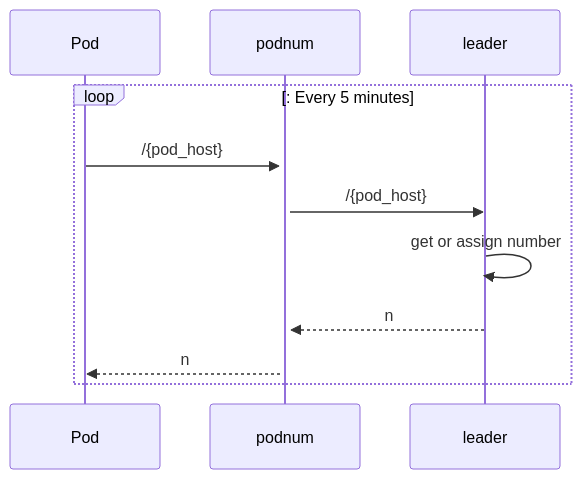
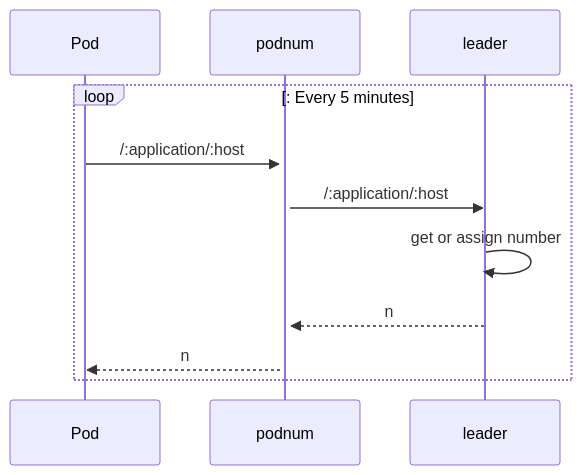
The diagram in README.md (paulosuzart/podnum), drawn with Mermaid before and after one commit. The commit also changed other lines of this file and 1 other file, not shown here.

````diff
--- a/README.md
+++ b/README.md
@@ -12,10 +12,10 @@
 ```mermaid
 sequenceDiagram
     loop: Every 5 minutes
-    Pod->>+podnum: /{pod_host}
-    podnum->>leader: /{pod_host}
+    Pod->>+podnum: /:application/:host
+    podnum->>leader: /:application/:host
     leader->>leader: get or assign number
     leader-->>podnum: n
     podnum-->>Pod: n
 end
 ```
````
